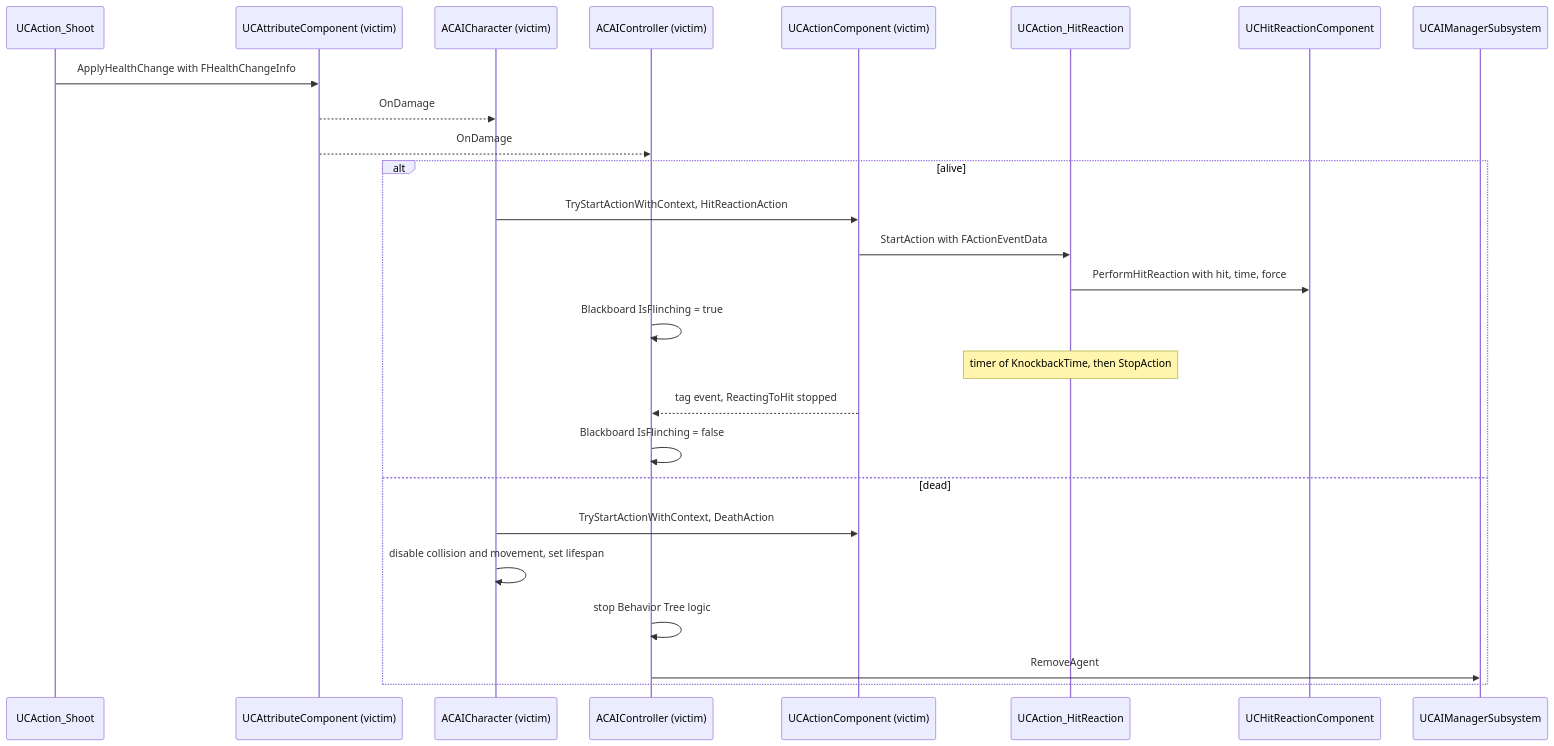
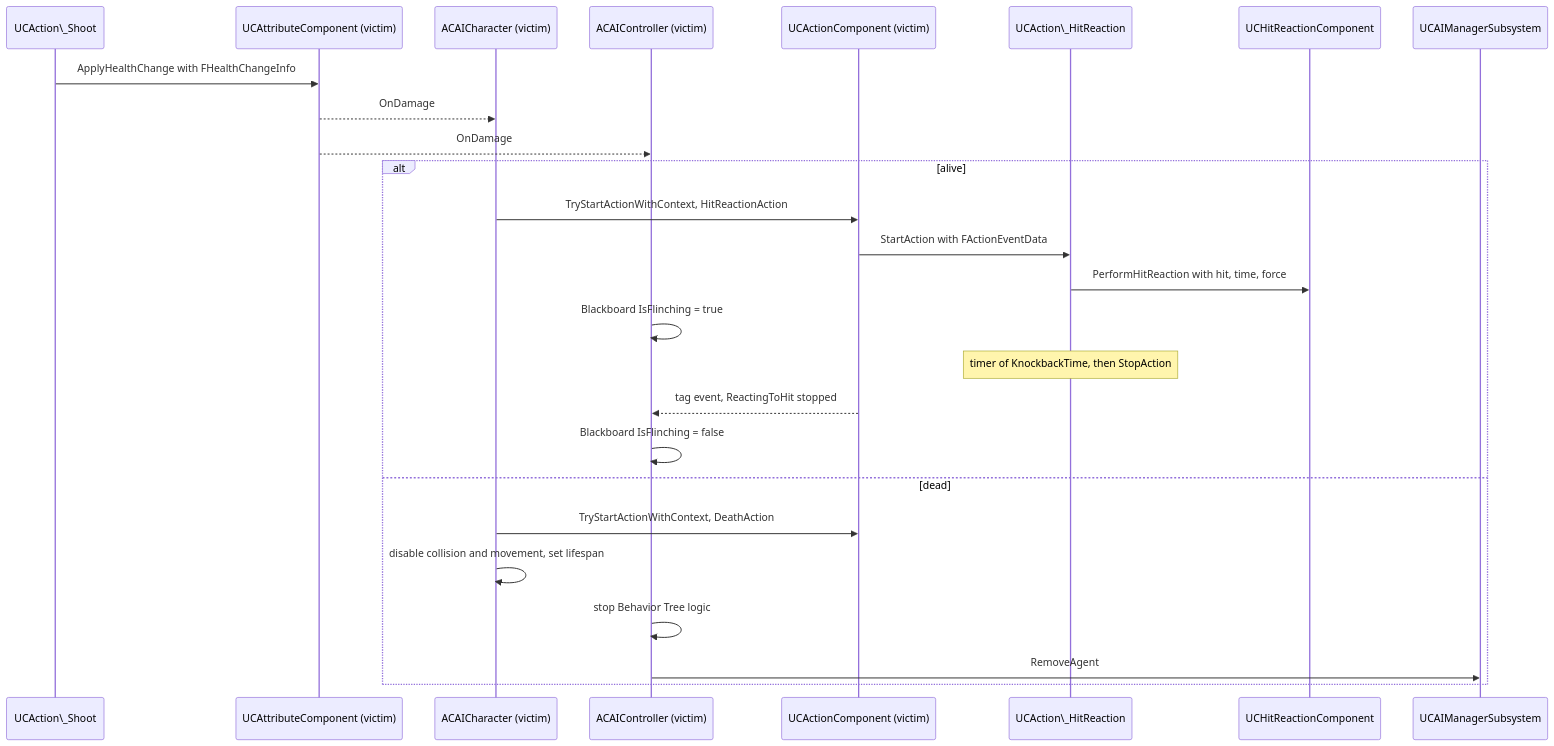
Before and after one commit to o4thbreaker/ClarityShooter_UE5: the second of 3 diagrams in README.md, drawn with Mermaid. The commit also changed other lines of this file and 1 other file, not shown here.

````diff
--- a/README.md
+++ b/README.md
@@ -360,30 +389,30 @@
 ```mermaid
 sequenceDiagram
-    participant Shoot as UCAction_Shoot
+    participant Shoot as UCAction\_Shoot
     participant Attr as UCAttributeComponent (victim)
     participant Char as ACAICharacter (victim)
     participant Ctrl as ACAIController (victim)
     participant Act as UCActionComponent (victim)
-    participant HRA as UCAction_HitReaction
+    participant HRA as UCAction\_HitReaction
     participant Hit as UCHitReactionComponent
     participant Mgr as UCAIManagerSubsystem
 
     Shoot->>Attr: ApplyHealthChange with FHealthChangeInfo
     Attr-->>Char: OnDamage
     Attr-->>Ctrl: OnDamage
     alt alive
         Char->>Act: TryStartActionWithContext, HitReactionAction
         Act->>HRA: StartAction with FActionEventData
         HRA->>Hit: PerformHitReaction with hit, time, force
         Ctrl->>Ctrl: Blackboard IsFlinching = true
         Note over HRA: timer of KnockbackTime, then StopAction
         Act-->>Ctrl: tag event, ReactingToHit stopped
         Ctrl->>Ctrl: Blackboard IsFlinching = false
     else dead
         Char->>Act: TryStartActionWithContext, DeathAction
         Char->>Char: disable collision and movement, set lifespan
         Ctrl->>Ctrl: stop Behavior Tree logic
         Ctrl->>Mgr: RemoveAgent
         %% TODO: confirm who triggers the full ragdoll in UCHitReactionComponent on death
     end
 ```
````
